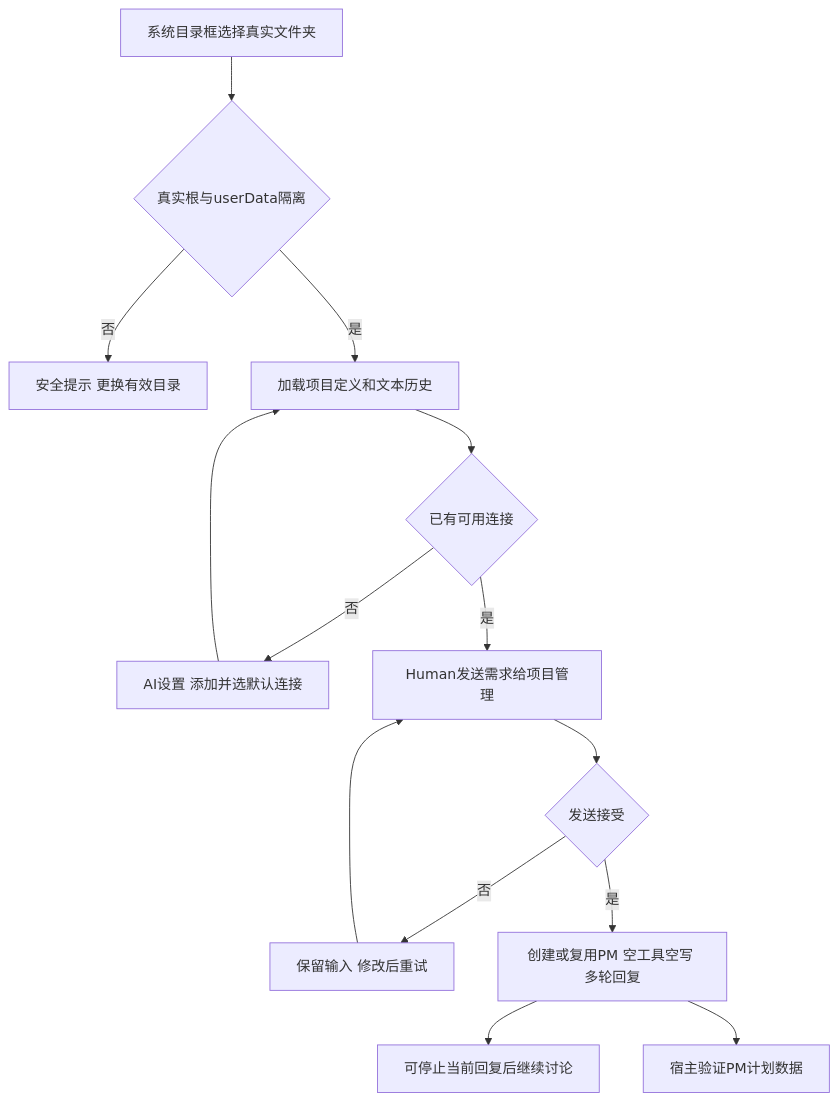
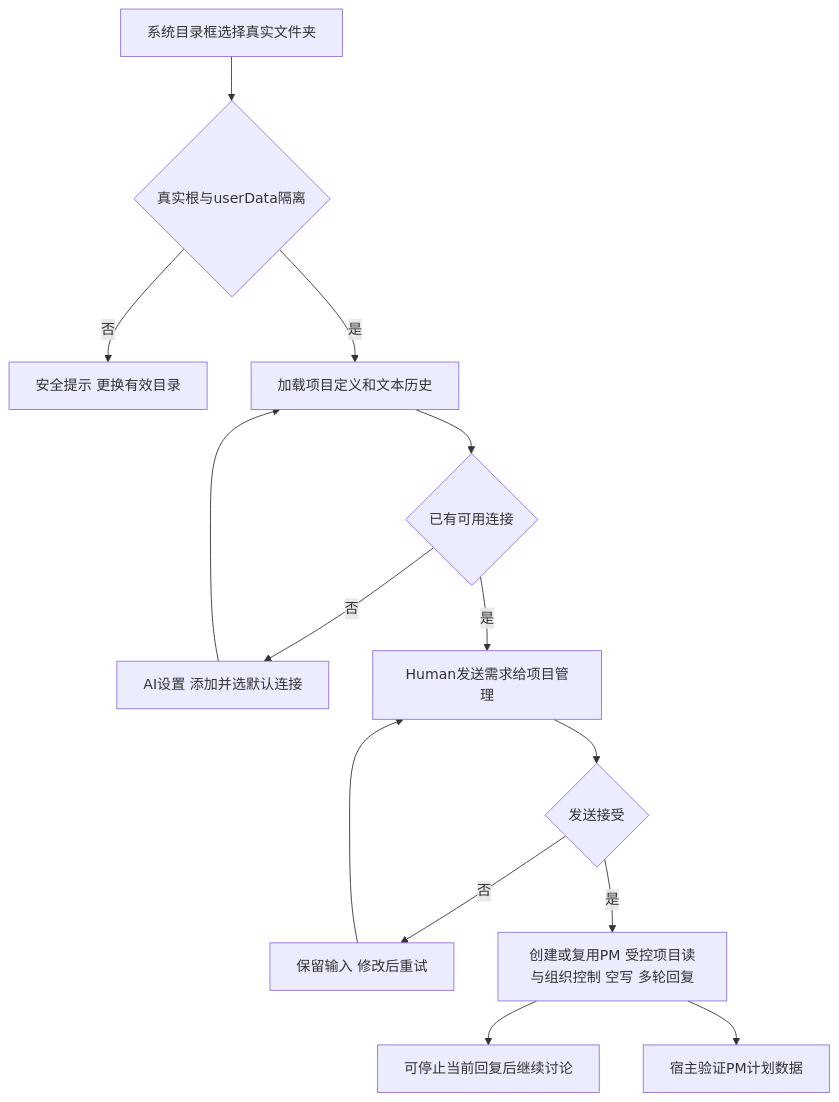
The first of 7 diagrams in docs/roles/DesktopEngineer/docs/feature/desktop-console.md (wangzhongren/ans-legion), drawn with Mermaid before and after one commit. The commit also changed other lines of this file and 400 other files, not shown here.

````diff
--- a/docs/roles/DesktopEngineer/docs/feature/desktop-console.md
+++ b/docs/roles/DesktopEngineer/docs/feature/desktop-console.md
@@ -27,16 +41,16 @@
 ```mermaid
 flowchart TD
   choose[系统目录框选择真实文件夹] --> valid{真实根与userData隔离}
   valid -->|否| repair[安全提示 更换有效目录]
   valid -->|是| project[加载项目定义和文本历史]
   project --> ai{已有可用连接}
   ai -->|否| settings[AI设置 添加并选默认连接]
   settings --> project
   ai -->|是| send[Human发送需求给项目管理]
   send --> accepted{发送接受}
   accepted -->|否| draft[保留输入 修改后重试]
   draft --> send
-  accepted -->|是| discuss[创建或复用PM 空工具空写 多轮回复]
+  accepted -->|是| discuss[创建或复用PM 受控项目读与组织控制 空写 多轮回复]
   discuss --> stop[可停止当前回复后继续讨论]
   discuss --> plan[宿主验证PM计划数据]
 ```
````
